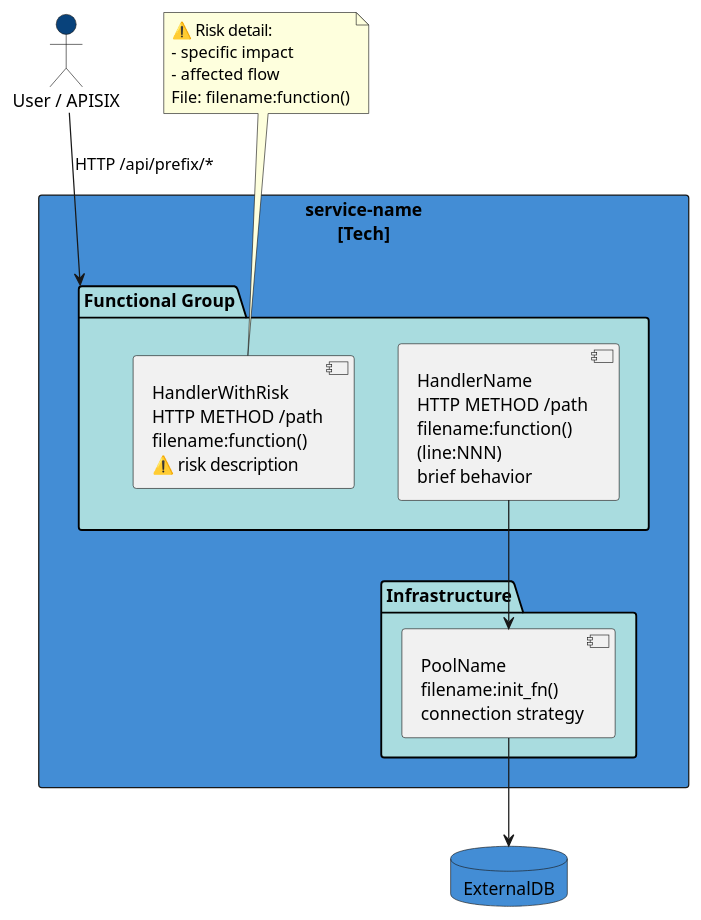
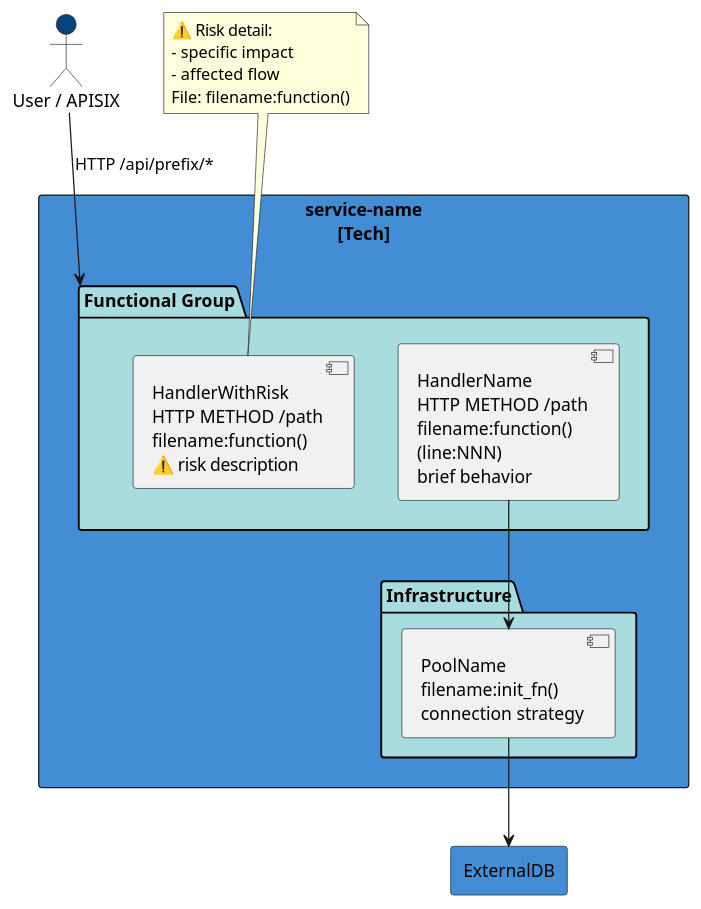
One commit to mgalela/bubat-r changed the fifth of 7 diagrams in STAGES/K/CONTEXT.md. Above: the diagram before and after it, drawn with PlantUML. The commit also changed other lines of this file, not shown here.

````diff
--- a/STAGES/K/CONTEXT.md
+++ b/STAGES/K/CONTEXT.md
@@ -178,25 +200,26 @@
 ```puml
 @startuml {project}-c4-component-{svc}
+top to bottom direction
 ' ... skinparam ...
 actor "User / APISIX" as client #08427B
 rectangle "service-name\n[Tech]" as container #438DD5 {
   package "Functional Group" as grp #A9DCDF {
     component "HandlerName\nHTTP METHOD /path\nfilename:function()\n(line:NNN)\nbrief behavior" as h_name
     component "HandlerWithRisk\nHTTP METHOD /path\nfilename:function()\n⚠️ risk description" as h_risk
   }
   package "Infrastructure" as infra #A9DCDF {
     component "PoolName\nfilename:init_fn()\nconnection strategy" as pool
   }
 }
-database "ExternalDB" as db #438DD5
+rectangle "ExternalDB" as db #438DD5
 client -down-> grp : "HTTP /api/prefix/*"
 h_name -down-> pool
 pool -down-> db
 note top of h_risk
   ⚠️ Risk detail:
   - specific impact
   - affected flow
   File: filename:function()
 end note
 @enduml
 ```
````
